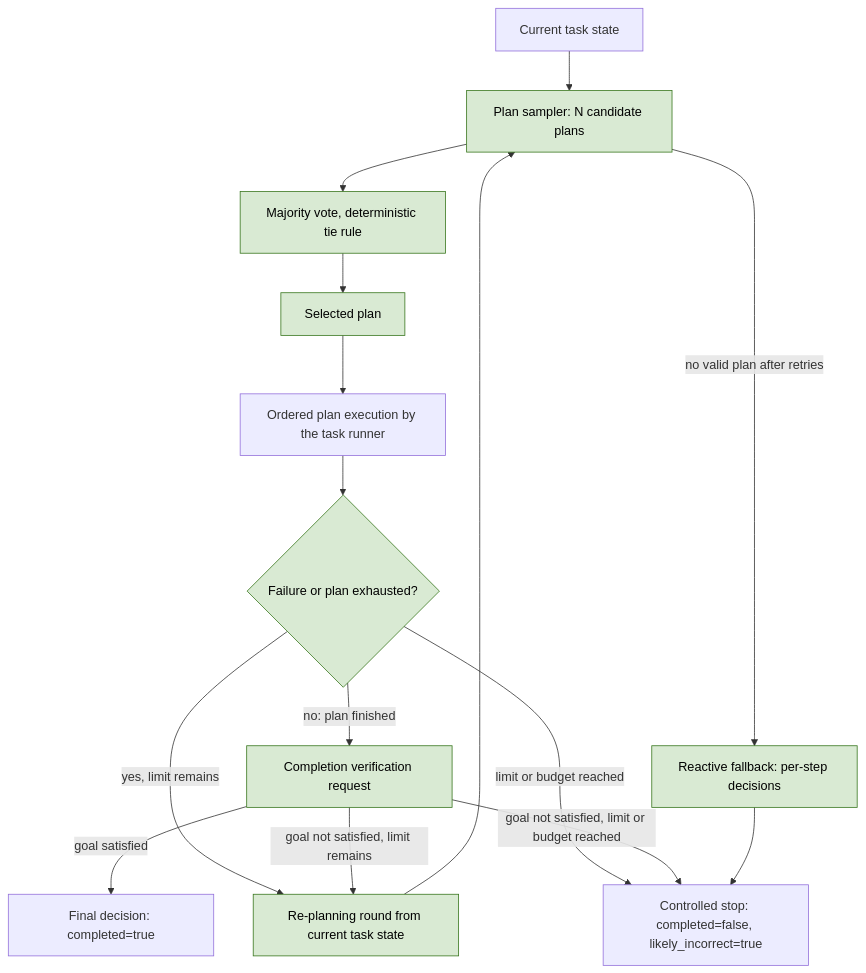
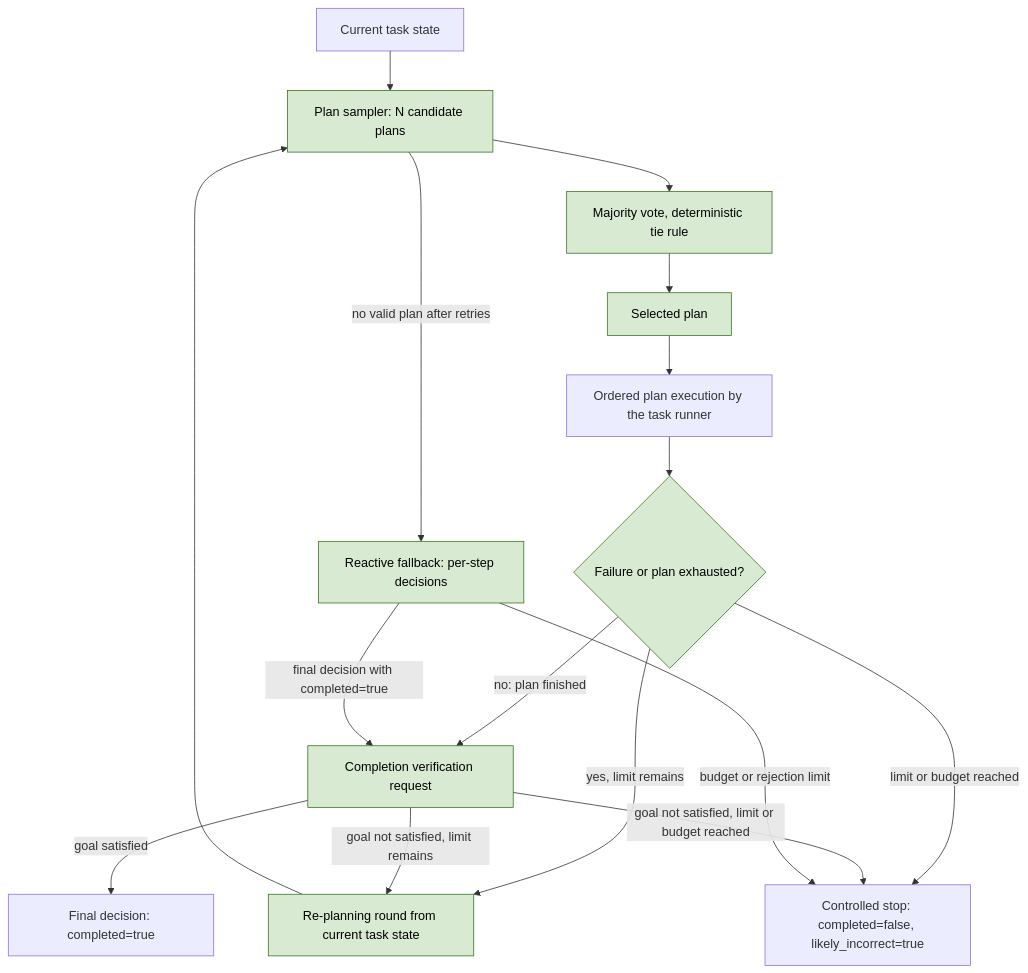
Before and after one commit to anton-pershin/reliable-agent: the second of 2 diagrams in .internal/specs/03-consistent-planning-general-spec.md, drawn with Mermaid. The commit also changed other lines of this file, not shown here.

````diff
--- a/.internal/specs/03-consistent-planning-general-spec.md
+++ b/.internal/specs/03-consistent-planning-general-spec.md
@@ -92,31 +92,32 @@
 ```mermaid
 flowchart TD
   State[Current task state]
   Sampler[Plan sampler: N candidate plans]
   Vote[Majority vote, deterministic tie rule]
   Plan[Selected plan]
   Execute[Ordered plan execution by the task runner]
   Check{Failure or plan exhausted?}
   Verify[Completion verification request]
   Final[Final decision: completed=true]
   Replan[Re-planning round from current task state]
   Reactive[Reactive fallback: per-step decisions]
   Stop[Controlled stop: completed=false, likely_incorrect=true]
 
   State --> Sampler
   Sampler --> Vote
   Vote --> Plan
   Plan --> Execute
   Sampler -->|no valid plan after retries| Reactive
   Execute --> Check
   Check -->|no: plan finished| Verify
   Check -->|yes, limit remains| Replan
   Check -->|limit or budget reached| Stop
   Verify -->|goal satisfied| Final
   Verify -->|goal not satisfied, limit remains| Replan
   Verify -->|goal not satisfied, limit or budget reached| Stop
   Replan --> Sampler
-  Reactive --> Stop
+  Reactive -->|final decision with completed=true| Verify
+  Reactive -->|budget or rejection limit| Stop
   classDef created fill:#d9ead3,stroke:#38761d,color:#000000
   class Sampler,Vote,Plan,Check,Verify,Replan,Reactive created
 ```
````
